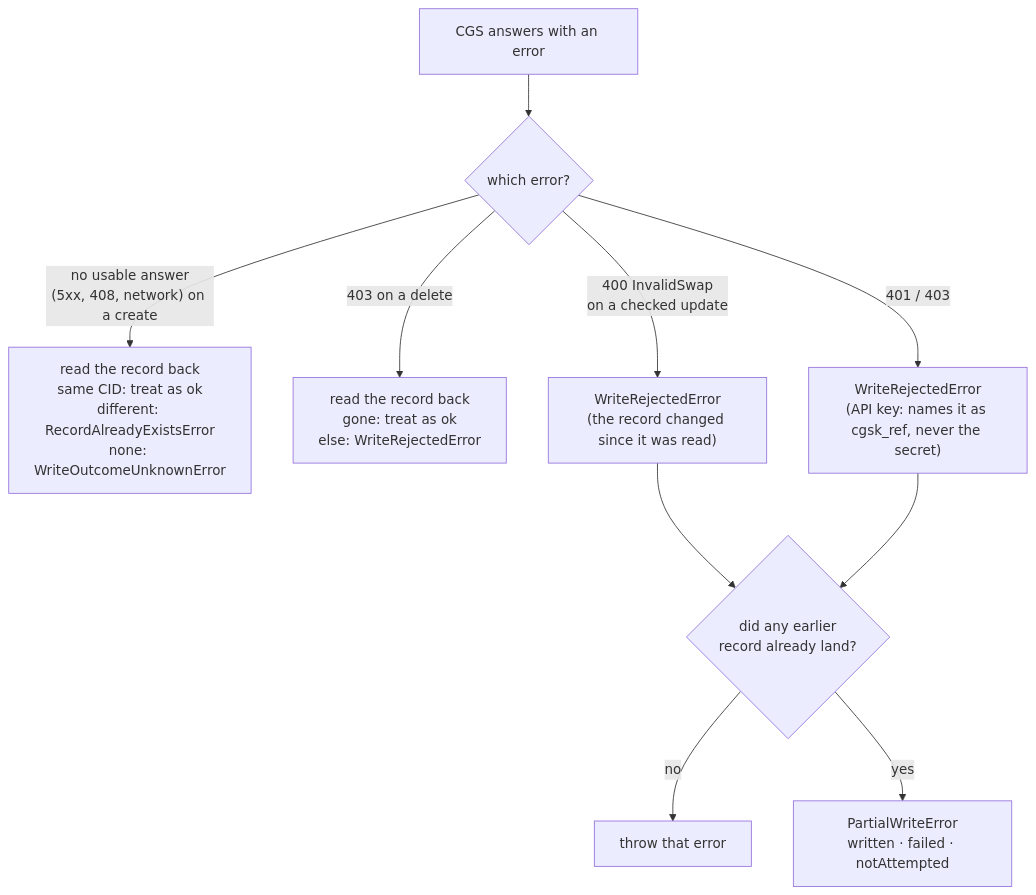
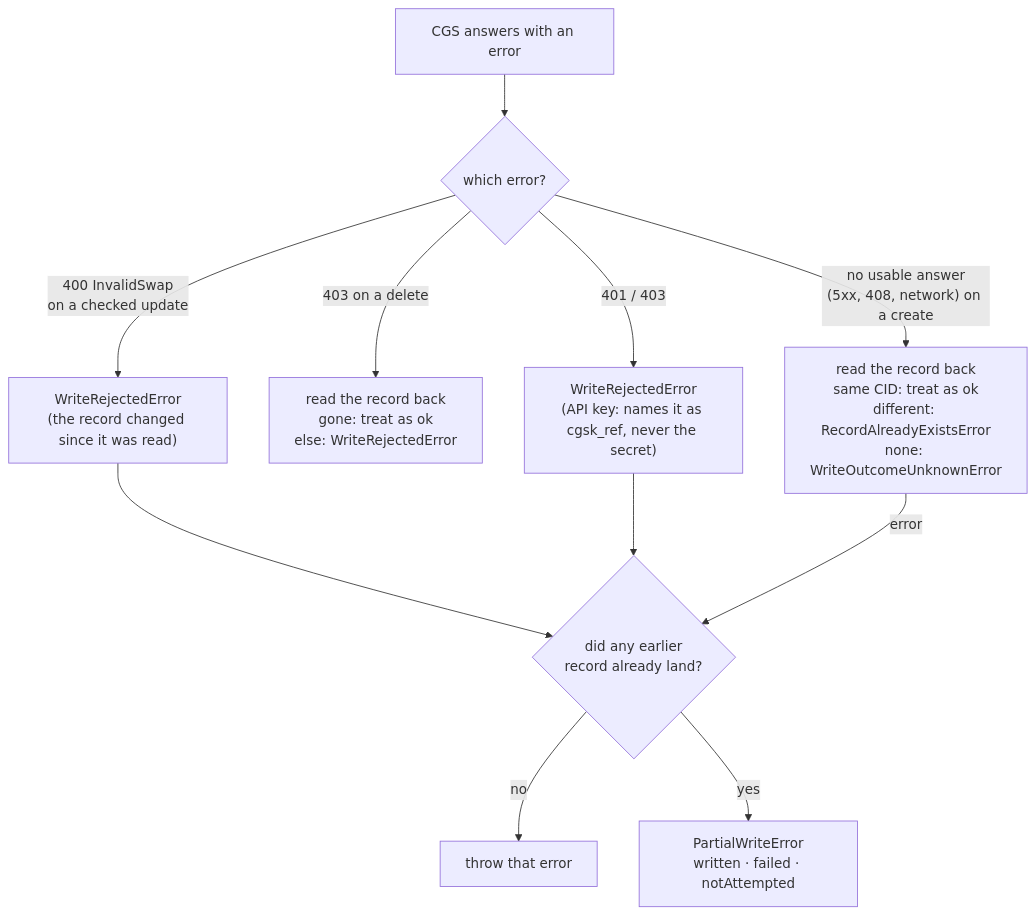
Before and after one commit to hypercerts-org/sdk: the fourth of 4 diagrams in docs/org-writes.md, drawn with Mermaid. The commit also changed other lines of this file, not shown here.

````diff
--- a/docs/org-writes.md
+++ b/docs/org-writes.md
@@ -81,11 +81,12 @@
 ```mermaid
 flowchart TB
   F["CGS answers with an error"] --> K{"which error?"}
   K -->|"no usable answer<br/>(5xx, 408, network) on a create"| RB["read the record back<br/>same CID: treat as ok<br/>different: RecordAlreadyExistsError<br/>none: WriteOutcomeUnknownError"]
   K -->|"403 on a delete"| RD["read the record back<br/>gone: treat as ok<br/>else: WriteRejectedError"]
   K -->|"400 InvalidSwap<br/>on a checked update"| E1["WriteRejectedError<br/>(the record changed since it was read)"]
   K -->|"401 / 403"| E2["WriteRejectedError<br/>(API key: names it as cgsk_ref, never the secret)"]
   E1 & E2 --> Q{"did any earlier<br/>record already land?"}
+  RB -->|"error"| Q
   Q -->|no| T1["throw that error"]
   Q -->|yes| T2["PartialWriteError<br/>written · failed · notAttempted"]
 ```
````
